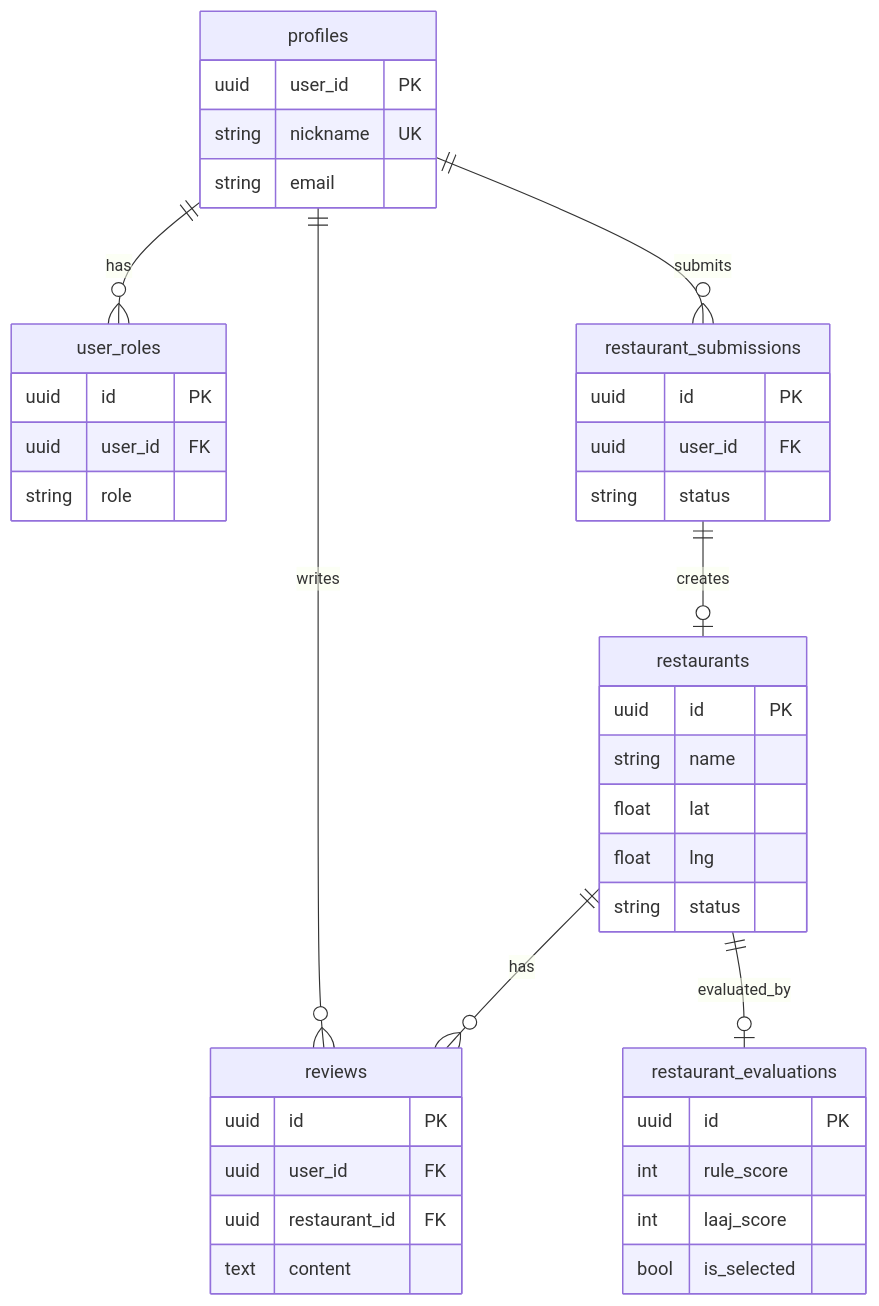
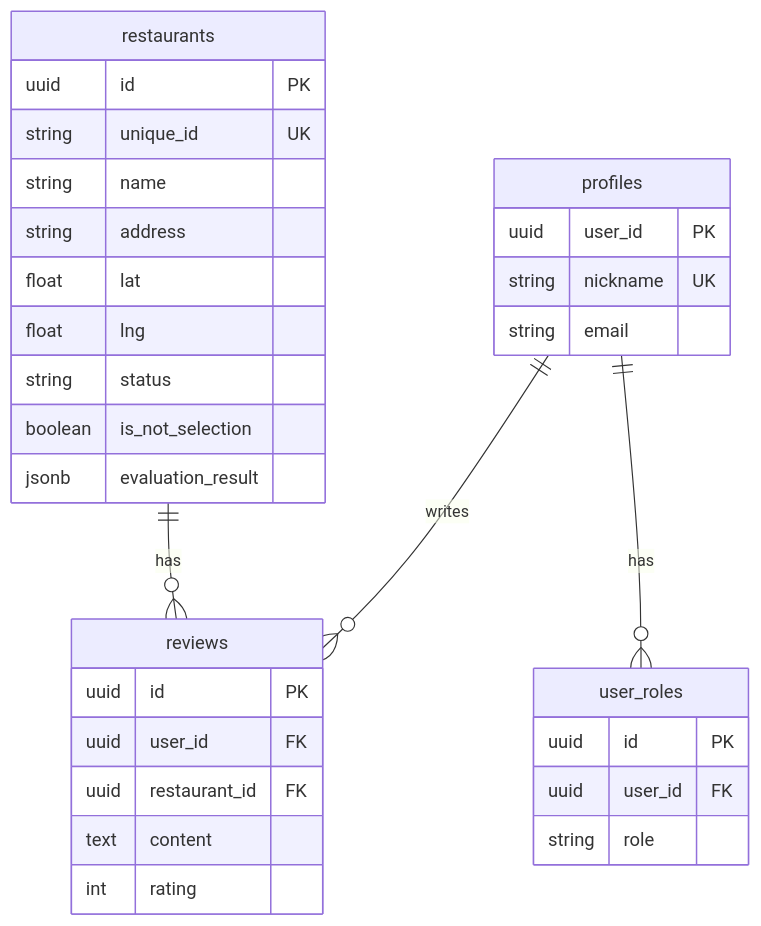
The diagram in .davia/assets/mermaids/database-schema.mmd (twoimo/tzudong), drawn with Mermaid before and after one commit. The commit also changed 5 other files, not shown here.

```diff
--- a/.davia/assets/mermaids/database-schema.mmd
+++ b/.davia/assets/mermaids/database-schema.mmd
@@ -1,51 +1,39 @@
 %%{init: {'theme': 'default'}}%%
 
 erDiagram
     profiles ||--o{ reviews : writes
     profiles ||--o{ user_roles : has
-    profiles ||--o{ restaurant_submissions : submits
     
     restaurants ||--o{ reviews : has
-    restaurants ||--o| restaurant_evaluations : evaluated_by
-    
-    restaurant_submissions ||--o| restaurants : creates
 
     profiles {
         uuid user_id PK
         string nickname UK
         string email
     }
     
     restaurants {
         uuid id PK
+        string unique_id UK
         string name
+        string address
         float lat
         float lng
         string status
+        boolean is_not_selection
+        jsonb evaluation_result
     }
     
     reviews {
         uuid id PK
         uuid user_id FK
         uuid restaurant_id FK
         text content
-    }
-    
-    restaurant_evaluations {
-        uuid id PK
-        int rule_score
-        int laaj_score
-        bool is_selected
-    }
-    
-    restaurant_submissions {
-        uuid id PK
-        uuid user_id FK
-        string status
+        int rating
     }
     
     user_roles {
         uuid id PK
         uuid user_id FK
         string role
     }
```
